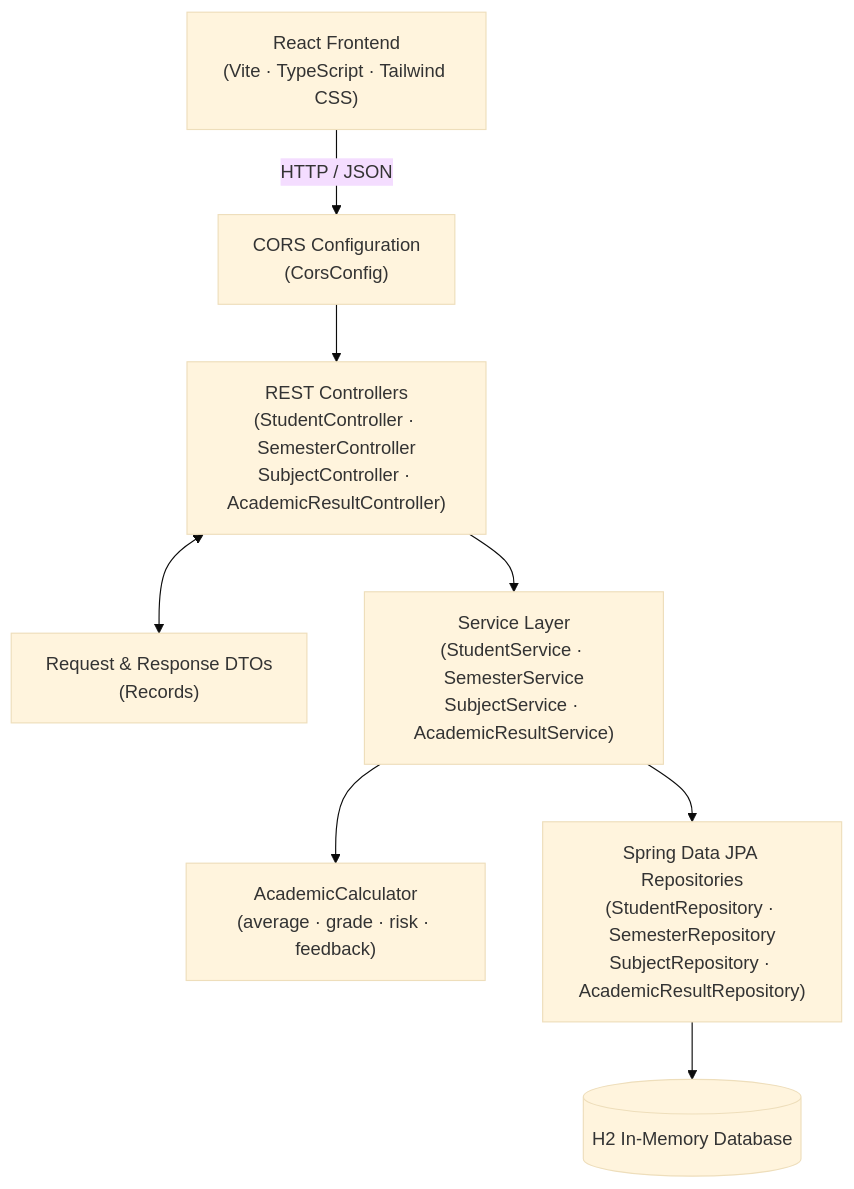
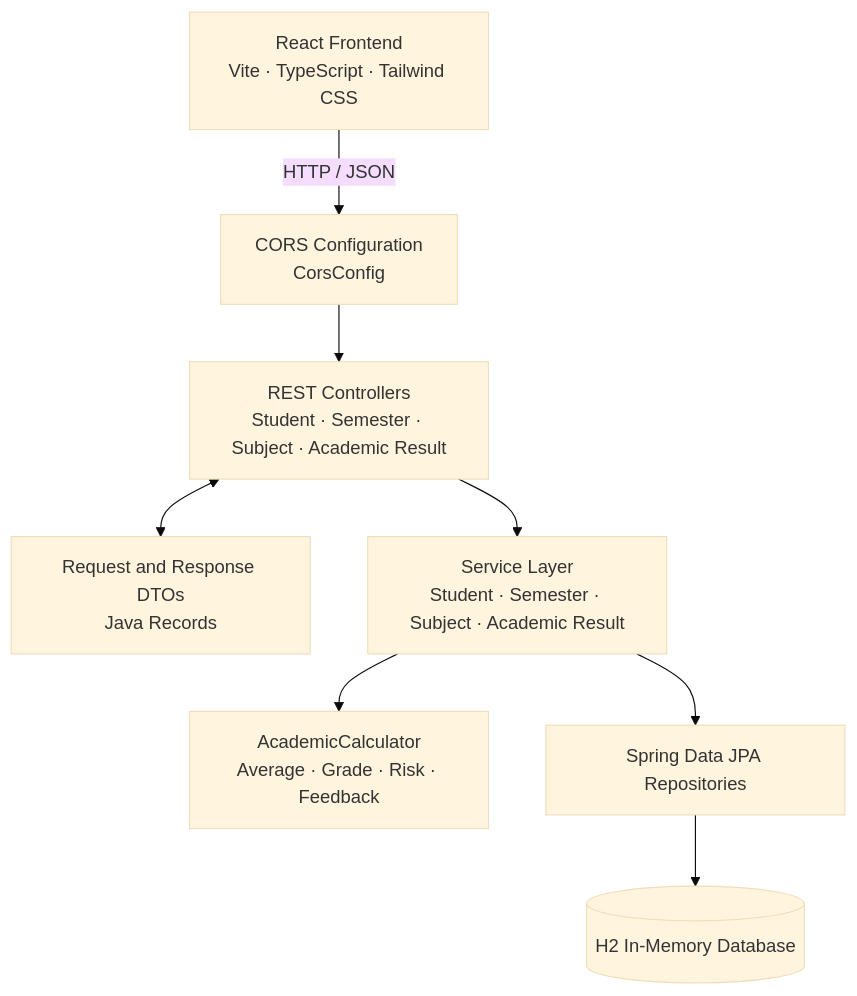
The first of 3 diagrams in README.md (khaingminhtun/academic-survival-system), drawn with Mermaid (base theme) before and after one commit. The commit also changed other lines of this file, not shown here.

````diff
--- a/README.md
+++ b/README.md
@@ -152,35 +111,19 @@
 ```mermaid
+flowchart TD
+    Browser["React Frontend<br/>Vite · TypeScript · Tailwind CSS"]
+    Cors["CORS Configuration<br/>CorsConfig"]
+    Controller["REST Controllers<br/>Student · Semester · Subject · Academic Result"]
+    DTO["Request and Response DTOs<br/>Java Records"]
+    Service["Service Layer<br/>Student · Semester · Subject · Academic Result"]
+    Calculator["AcademicCalculator<br/>Average · Grade · Risk · Feedback"]
+    Repository["Spring Data JPA Repositories"]
+    Database[("H2 In-Memory Database")]
 
-flowchart TD
-
-    Browser["React Frontend\n(Vite · TypeScript · Tailwind CSS)"]
-
-    CORS["CORS Configuration\n(CorsConfig)"]
-
-    Controller["REST Controllers\n(StudentController · SemesterController\nSubjectController · AcademicResultController)"]
-
-    DTO["Request & Response DTOs\n(Records)"]
-
-    Service["Service Layer\n(StudentService · SemesterService\nSubjectService · AcademicResultService)"]
-
-    Calculator["AcademicCalculator\n(average · grade · risk · feedback)"]
-
-    Repository["Spring Data JPA Repositories\n(StudentRepository · SemesterRepository\nSubjectRepository · AcademicResultRepository)"]
-
-    DB[("H2 In-Memory Database")]
-
-    Browser -->|"HTTP / JSON"| CORS
-
-    CORS --> Controller
-
-    Controller <--> DTO
-
-    Controller --> Service
-
-    Service --> Calculator
-
-    Service --> Repository
-
-    Repository --> DB
-
+    Browser -->|"HTTP / JSON"| Cors
+    Cors --> Controller
+    Controller <--> DTO
+    Controller --> Service
+    Service --> Calculator
+    Service --> Repository
+    Repository --> Database
 ```
````
